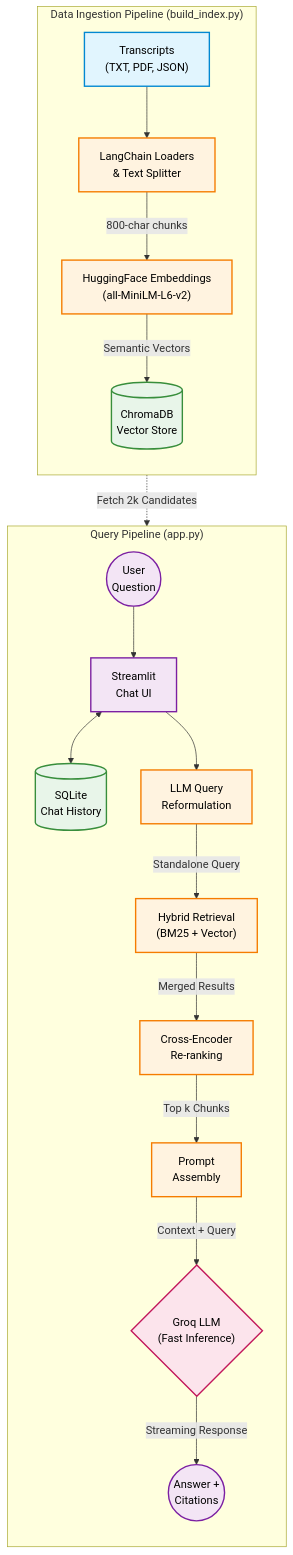
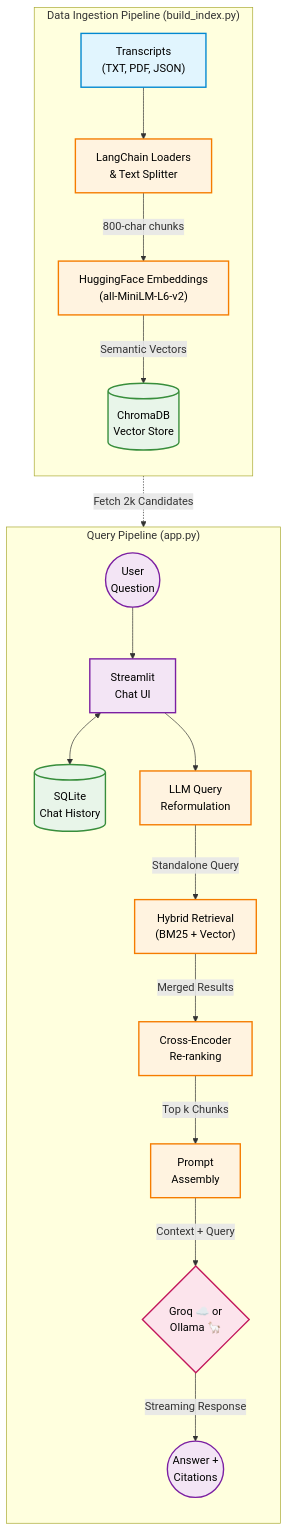
The diagram in README.md (sudhakarbadugu/trading-rag-mentor), drawn with Mermaid before and after one commit. The commit also changed other lines of this file and 10 other files, not shown here.

First line of the commit message:
feat: Add Docker support, environment configuration, and Ollama integration for local inference

````diff
--- a/README.md
+++ b/README.md
@@ -61,28 +70,28 @@
 ```mermaid
 graph TD
     classDef file fill:#e1f5fe,stroke:#0288d1,stroke-width:2px,color:#000;
     classDef process fill:#fff3e0,stroke:#f57c00,stroke-width:2px,color:#000;
     classDef db fill:#e8f5e9,stroke:#388e3c,stroke-width:2px,color:#000;
     classDef llm fill:#fce4ec,stroke:#c2185b,stroke-width:2px,color:#000;
     classDef ui fill:#f3e5f5,stroke:#7b1fa2,stroke-width:2px,color:#000;
 
     subgraph Ingestion ["Data Ingestion Pipeline (build_index.py)"]
         direction TB
         Docs["Transcripts<br>(TXT, PDF, JSON)"]:::file --> Split["LangChain Loaders<br>& Text Splitter"]:::process
         Split -- "800-char chunks" --> Embed["HuggingFace Embeddings<br>(all-MiniLM-L6-v2)"]:::process
         Embed -- "Semantic Vectors" --> Chroma[("ChromaDB<br>Vector Store")]:::db
     end
 
     subgraph Query ["Query Pipeline (app.py)"]
         direction TB
         User(("User<br>Question")):::ui --> Streamlit["Streamlit<br>Chat UI"]:::ui
         Streamlit <--> SQLite[("SQLite<br>Chat History")]:::db
         Streamlit --> Reformulate["LLM Query<br>Reformulation"]:::process
         Reformulate -- "Standalone Query" --> Hybrid["Hybrid Retrieval<br>(BM25 + Vector)"]:::process
         Chroma -. "Fetch 2k Candidates" .-> Hybrid
         Hybrid -- "Merged Results" --> Rerank["Cross-Encoder<br>Re-ranking"]:::process
         Rerank -- "Top k Chunks" --> Prompt["Prompt<br>Assembly"]:::process
-        Prompt -- "Context + Query" --> Groq{"Groq LLM<br>(Fast Inference)"}:::llm
-        Groq -- "Streaming Response" --> Answer(("Answer +<br>Citations")):::ui
+        Prompt -- "Context + Query" --> LLM{"Groq ☁️ or<br>Ollama 🦙"}:::llm
+        LLM -- "Streaming Response" --> Answer(("Answer +<br>Citations")):::ui
     end
 ```
````
